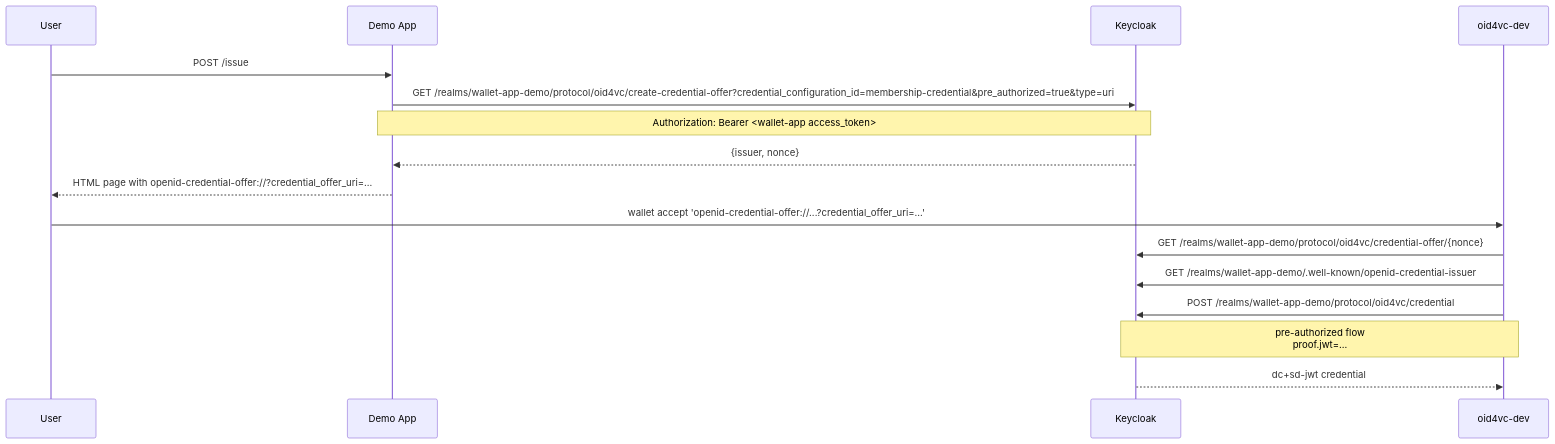
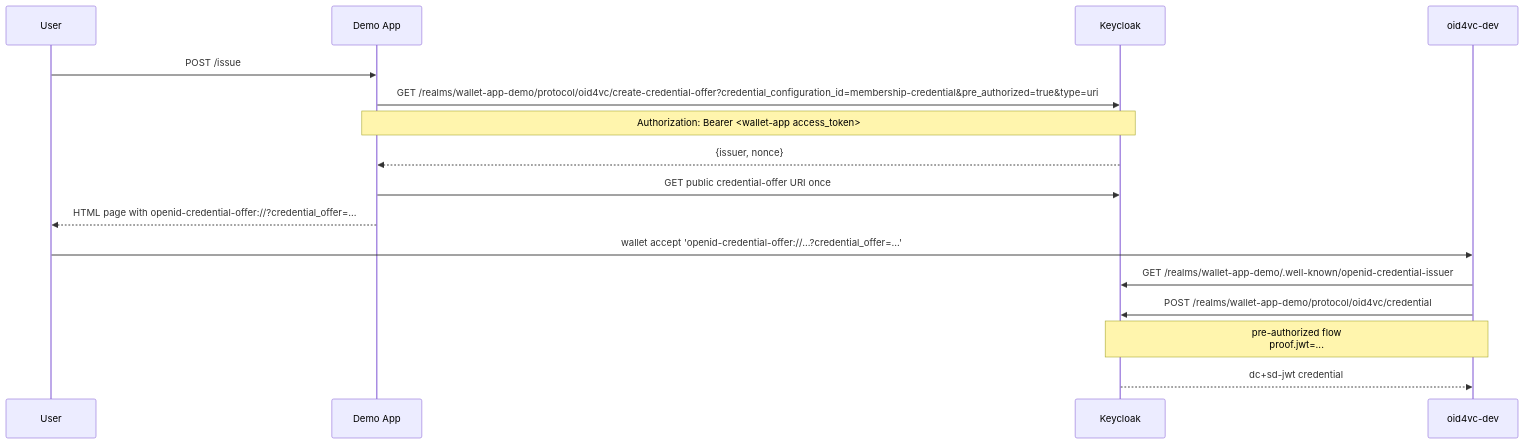
One commit to dominikschlosser/ssi-debugger changed the second of 3 diagrams in examples/keycloak-issuer-verifier-app/README.md. Above: the diagram before and after it, drawn with Mermaid. The commit also changed other lines of this file and 23 other files, not shown here.

````diff
--- a/examples/keycloak-issuer-verifier-app/README.md
+++ b/examples/keycloak-issuer-verifier-app/README.md
@@ -58,20 +58,20 @@
 ```mermaid
 sequenceDiagram
     participant U as User
     participant APP as Demo App
     participant KC as Keycloak
     participant W as oid4vc-dev
 
     U->>APP: POST /issue
     APP->>KC: GET /realms/wallet-app-demo/protocol/oid4vc/create-credential-offer?credential_configuration_id=membership-credential&pre_authorized=true&type=uri
     Note over APP,KC: Authorization: Bearer <wallet-app access_token>
     KC-->>APP: {issuer, nonce}
-    APP-->>U: HTML page with openid-credential-offer://?credential_offer_uri=...
+    APP->>KC: GET public credential-offer URI once
+    APP-->>U: HTML page with openid-credential-offer://?credential_offer=...
 
-    U->>W: wallet accept 'openid-credential-offer://...?credential_offer_uri=...'
-    W->>KC: GET /realms/wallet-app-demo/protocol/oid4vc/credential-offer/{nonce}
+    U->>W: wallet accept 'openid-credential-offer://...?credential_offer=...'
     W->>KC: GET /realms/wallet-app-demo/.well-known/openid-credential-issuer
     W->>KC: POST /realms/wallet-app-demo/protocol/oid4vc/credential
     Note over W,KC: pre-authorized flow<br/>proof.jwt=...
     KC-->>W: dc+sd-jwt credential
 ```
````
